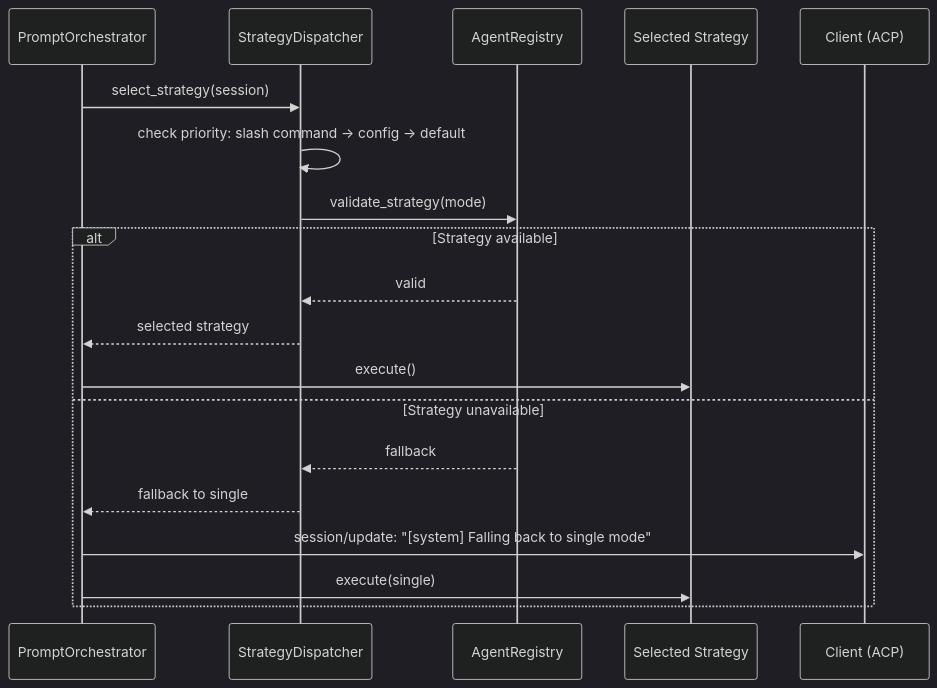
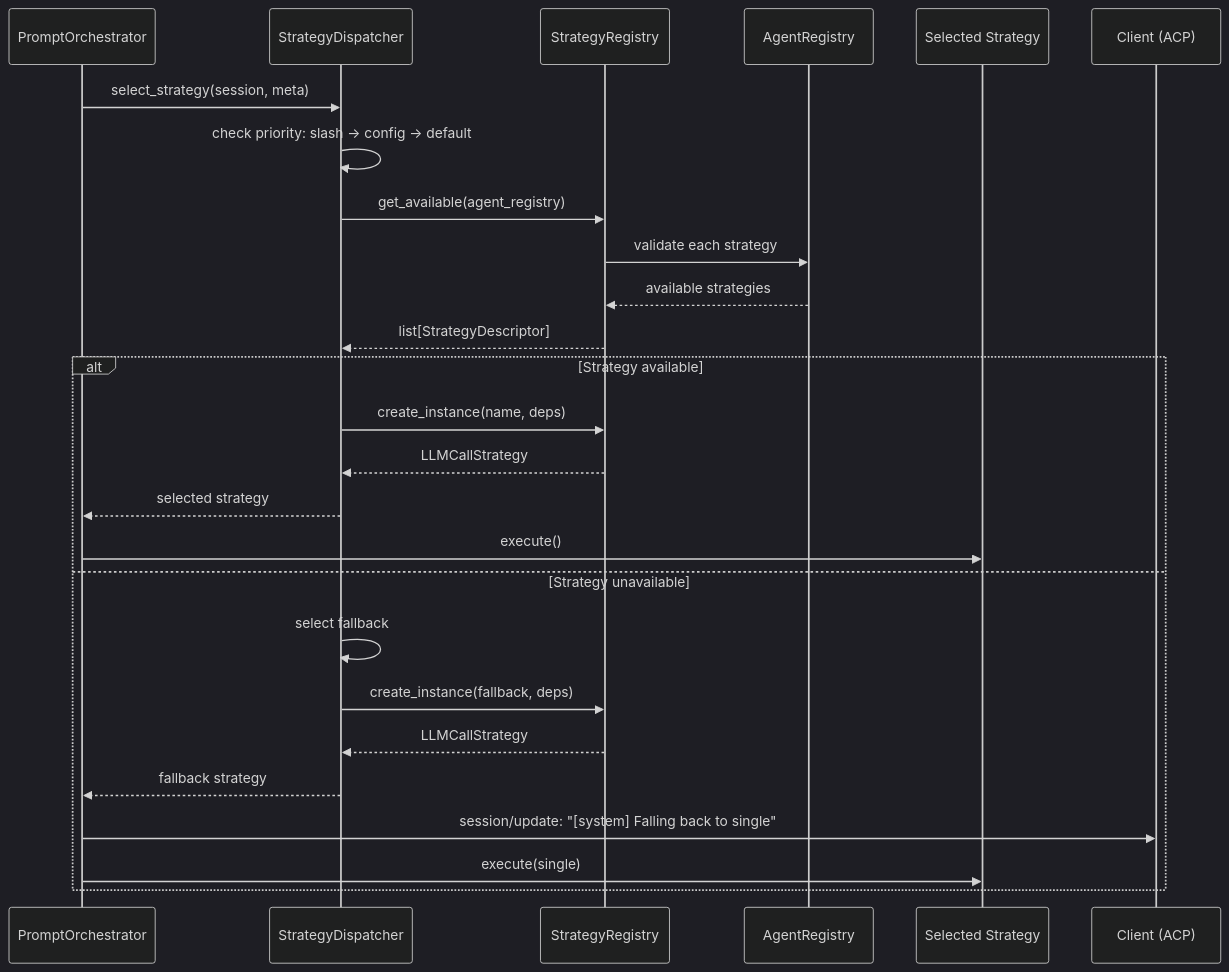
Before and after one commit to pese-git/codelab-agent: the first of 2 diagrams in openspec/changes/multiagent-strategy-dispatcher/proposal.md, drawn with Mermaid (dark theme). The commit also changed other lines of this file and 5 other files, not shown here.

First line of the commit message:
docs(openspec): обновить спецификацию StrategyDispatcher с StrategyRegistry

````diff
--- a/openspec/changes/multiagent-strategy-dispatcher/proposal.md
+++ b/openspec/changes/multiagent-strategy-dispatcher/proposal.md
@@ -43,23 +85,30 @@
 ```mermaid
 sequenceDiagram
     participant Pipeline as PromptOrchestrator
     participant Dispatcher as StrategyDispatcher
-    participant Registry as AgentRegistry
+    participant Registry as StrategyRegistry
+    participant AgentReg as AgentRegistry
     participant Strategy as Selected Strategy
     participant Client as Client (ACP)
 
-    Pipeline->>Dispatcher: select_strategy(session)
-    Dispatcher->>Dispatcher: check priority: slash command → config → default
-    Dispatcher->>Registry: validate_strategy(mode)
+    Pipeline->>Dispatcher: select_strategy(session, meta)
+    Dispatcher->>Dispatcher: check priority: slash → config → default
+    Dispatcher->>Registry: get_available(agent_registry)
+    Registry->>AgentReg: validate each strategy
+    AgentReg-->>Registry: available strategies
+    Registry-->>Dispatcher: list[StrategyDescriptor]
     
     alt Strategy available
-        Registry-->>Dispatcher: valid
+        Dispatcher->>Registry: create_instance(name, deps)
+        Registry-->>Dispatcher: LLMCallStrategy
         Dispatcher-->>Pipeline: selected strategy
         Pipeline->>Strategy: execute()
     else Strategy unavailable
-        Registry-->>Dispatcher: fallback
-        Dispatcher-->>Pipeline: fallback to single
-        Pipeline->>Client: session/update: "[system] Falling back to single mode"
+        Dispatcher->>Dispatcher: select fallback
+        Dispatcher->>Registry: create_instance(fallback, deps)
+        Registry-->>Dispatcher: LLMCallStrategy
+        Dispatcher-->>Pipeline: fallback strategy
+        Pipeline->>Client: session/update: "[system] Falling back to single"
         Pipeline->>Strategy: execute(single)
     end
 ```
````
